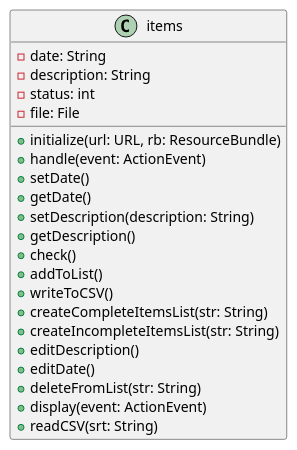
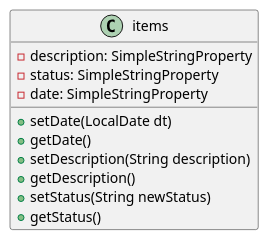
One commit to EPro30/singh-cop3330-assingment4part2 changed the diagram in uml/items.puml. Above: the diagram before and after it, drawn with PlantUML. The commit also changed 9 other files, not shown here.

```diff
--- a/uml/items.puml
+++ b/uml/items.puml
@@ -5,28 +5,15 @@
 @startuml
 class items
 {
-    - date: String
-    - description: String
-    - status: int
-    - file: File
+    -description: SimpleStringProperty
+    -status: SimpleStringProperty
+    -date: SimpleStringProperty
 
-    + initialize(url: URL, rb: ResourceBundle)
-    + handle(event: ActionEvent)
-    + setDate()
-    + getDate()
-    + setDescription(description: String)
-    + getDescription()
-    + check()
-    + addToList()
-    + writeToCSV()
-    + createCompleteItemsList(str: String)
-    + createIncompleteItemsList(str: String)
-    + editDescription()
-    + editDate()
-    + deleteFromList(str: String)
-    + display(event: ActionEvent)
-    + readCSV(srt: String)
-
-
+    +setDate(LocalDate dt)
+    +getDate()
+    +setDescription(String description)
+    +getDescription()
+    +setStatus(String newStatus)
+    +getStatus()
 }
 @enduml
```
